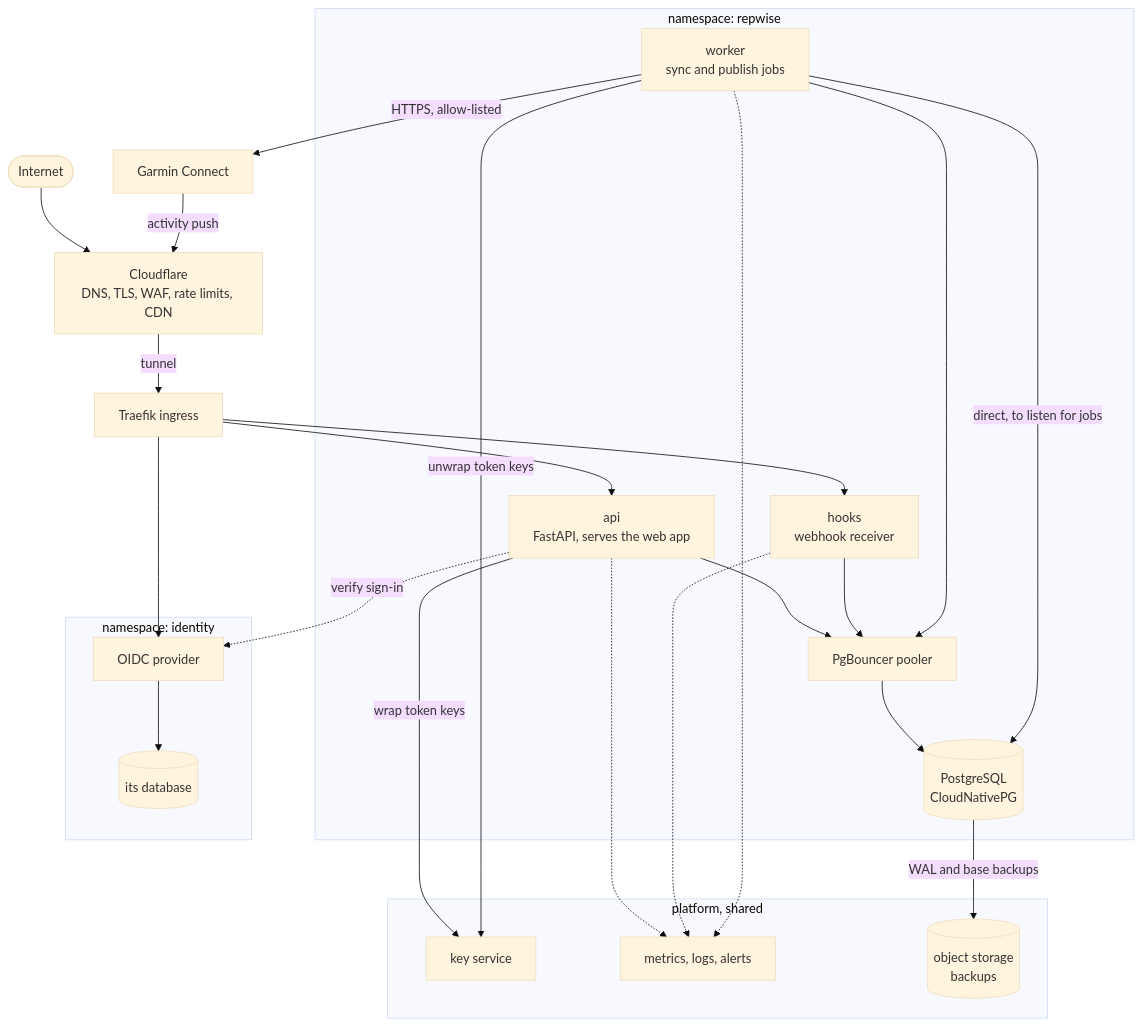
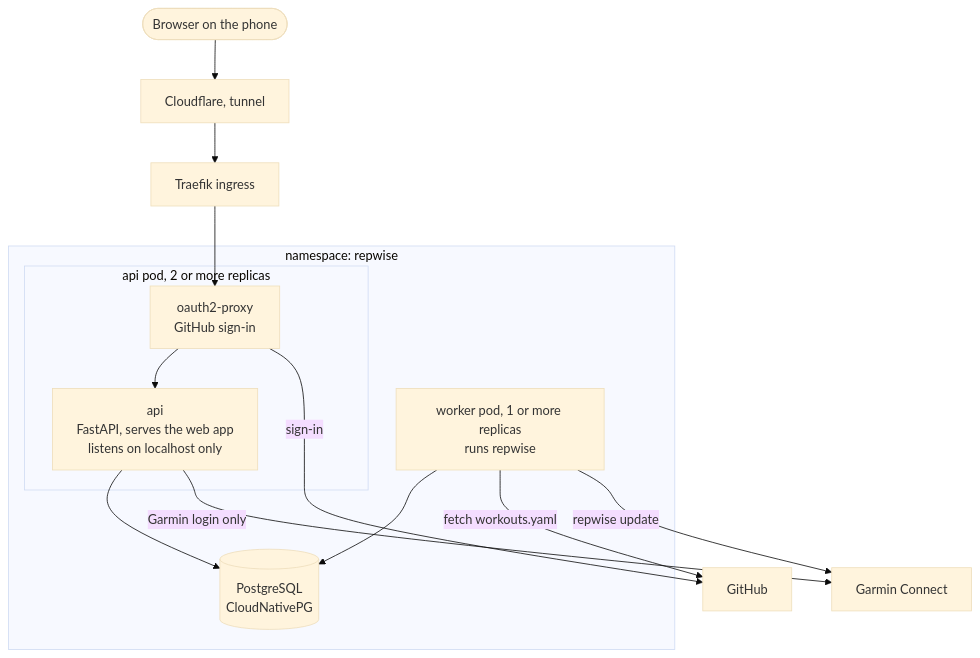
Before and after one commit to theadzik/repwise: the first of 6 diagrams in PLAN.md, drawn with Mermaid (base theme). The commit also changed other lines of this file and 1 other file, not shown here.

````diff
--- a/PLAN.md
+++ b/PLAN.md
@@ -269,38 +92,25 @@
 ```mermaid
 flowchart TB
-    internet(["Internet"]) --> cf["Cloudflare<br/>DNS, TLS, WAF, rate limits, CDN"]
-    garmin["Garmin Connect"] -->|"activity push"| cf
-    cf -->|"tunnel"| traefik["Traefik ingress"]
+    phone(["Browser on the phone"]) --> cf["Cloudflare, tunnel"]
+    cf --> traefik["Traefik ingress"]
 
-    subgraph ns_app["namespace: repwise"]
-        api["api<br/>FastAPI, serves the web app"]
-        hooks["hooks<br/>webhook receiver"]
-        worker["worker<br/>sync and publish jobs"]
-        pooler["PgBouncer pooler"]
+    subgraph ns["namespace: repwise"]
+        subgraph apipod["api pod, 2 or more replicas"]
+            proxy["oauth2-proxy<br/>GitHub sign-in"]
+            api["api<br/>FastAPI, serves the web app<br/>listens on localhost only"]
+        end
+        worker["worker pod, 1 or more replicas<br/>runs repwise"]
         pg[("PostgreSQL<br/>CloudNativePG")]
     end
 
-    subgraph ns_idp["namespace: identity"]
-        idp["OIDC provider"]
-        idpdb[("its database")]
-    end
+    github["GitHub"]
+    garmin["Garmin Connect"]
 
-    subgraph ns_plat["platform, shared"]
-        keys["key service"]
-        obs["metrics, logs, alerts"]
-        s3[("object storage<br/>backups")]
-    end
-
-    traefik --> api & hooks & idp
-    api --> pooler --> pg
-    hooks --> pooler
-    worker --> pooler
-    worker -->|"direct, to listen for jobs"| pg
-    api -.->|"verify sign-in"| idp
-    idp --> idpdb
-    api -->|"wrap token keys"| keys
-    worker -->|"unwrap token keys"| keys
-    worker -->|"HTTPS, allow-listed"| garmin
-    pg -->|"WAL and base backups"| s3
-    api & hooks & worker -.-> obs
+    traefik --> proxy --> api
+    proxy -->|"sign-in"| github
+    api --> pg
+    worker --> pg
+    worker -->|"fetch workouts.yaml"| github
+    worker -->|"repwise update"| garmin
+    api -->|"Garmin login only"| garmin
 ```
````
